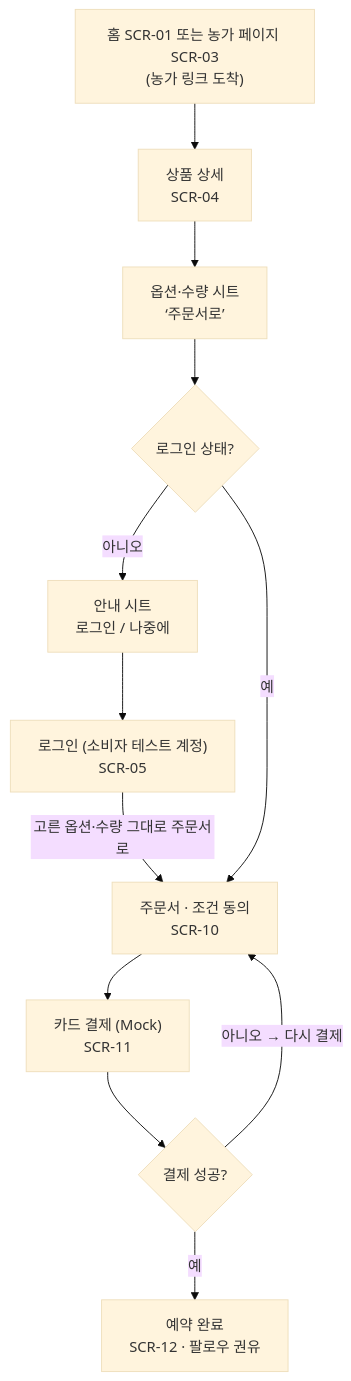
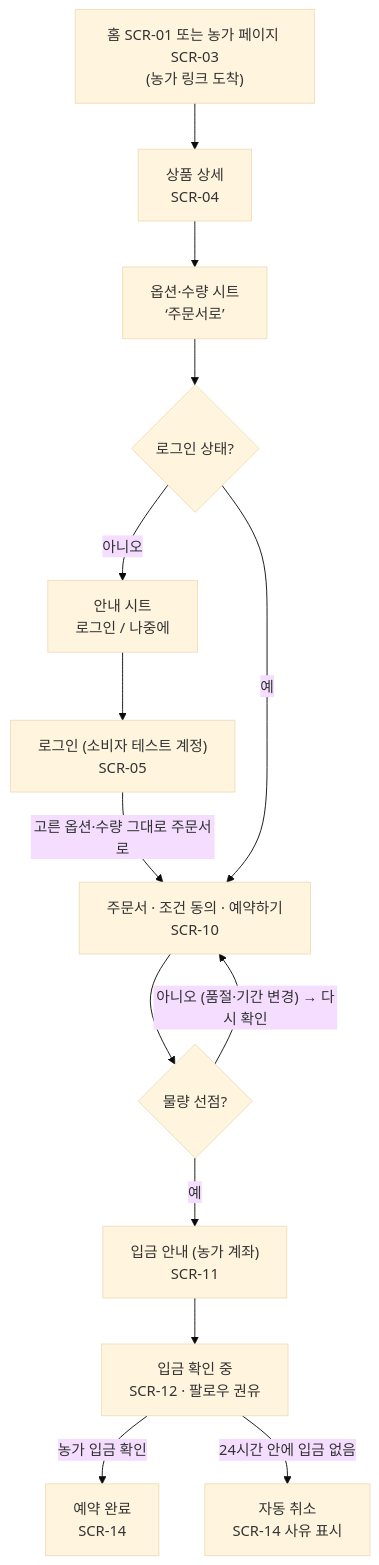
Before and after one commit to snuhcs-course/swpp-2026-project-team-06: the fourth of 4 diagrams in docs/spec/ia.md, drawn with Mermaid (base theme). The commit also changed other lines of this file and 12 other files, not shown here.

````diff
--- a/docs/spec/ia.md
+++ b/docs/spec/ia.md
@@ -258,9 +259,11 @@
 ```mermaid
 flowchart TD
   fp["홈 SCR-01 또는 농가 페이지 SCR-03<br/>(농가 링크 도착)"] --> pd["상품 상세<br/>SCR-04"] --> os["옵션·수량 시트<br/>‘주문서로’"] --> d1{"로그인 상태?"}
   d1 -- 아니오 --> gate["안내 시트<br/>로그인 / 나중에"] --> lg["로그인 (소비자 테스트 계정)<br/>SCR-05"]
   lg -- 고른 옵션·수량 그대로 주문서로 --> co
-  d1 -- 예 --> co["주문서 · 조건 동의<br/>SCR-10"] --> py["카드 결제 (Mock)<br/>SCR-11"] --> d2{"결제 성공?"}
-  d2 -- 아니오 → 다시 결제 --> co
-  d2 -- 예 --> dn["예약 완료<br/>SCR-12 · 팔로우 권유"]
+  d1 -- 예 --> co["주문서 · 조건 동의 · 예약하기<br/>SCR-10"] --> d2{"물량 선점?"}
+  d2 -- 아니오 (품절·기간 변경) → 다시 확인 --> co
+  d2 -- 예 --> py["입금 안내 (농가 계좌)<br/>SCR-11"] --> dn["입금 확인 중<br/>SCR-12 · 팔로우 권유"]
+  dn -- 농가 입금 확인 --> rv["예약 완료<br/>SCR-14"]
+  dn -- 24시간 안에 입금 없음 --> cx["자동 취소<br/>SCR-14 사유 표시"]
 ```
````
